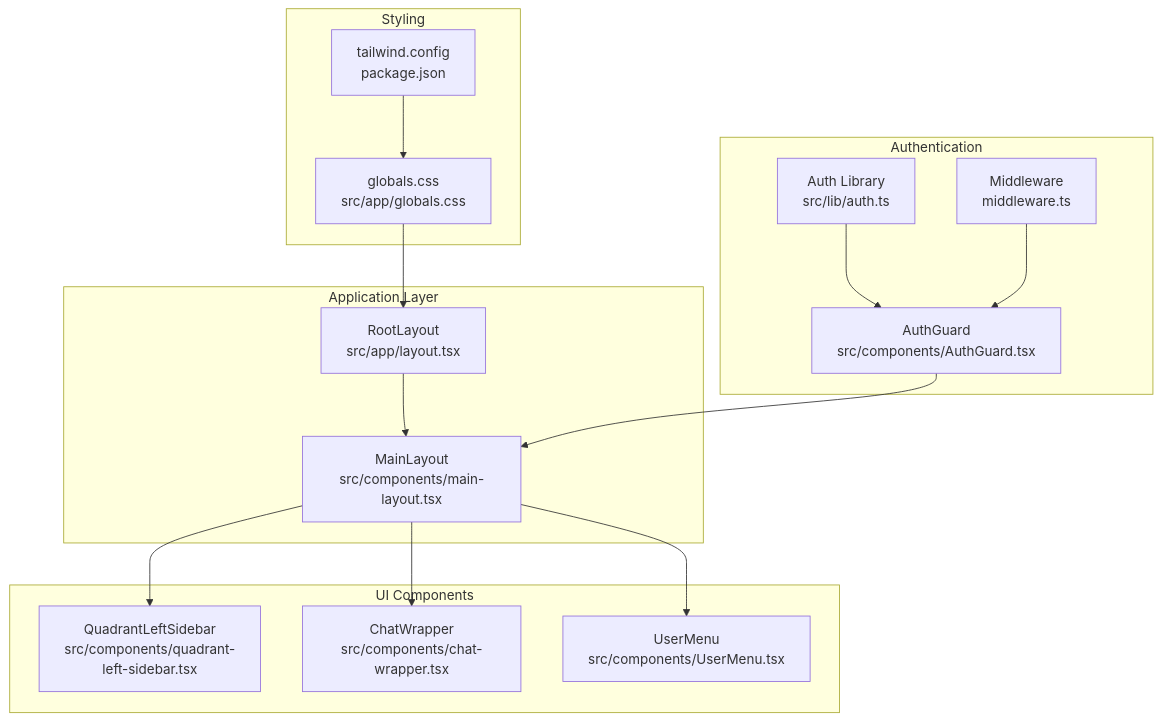
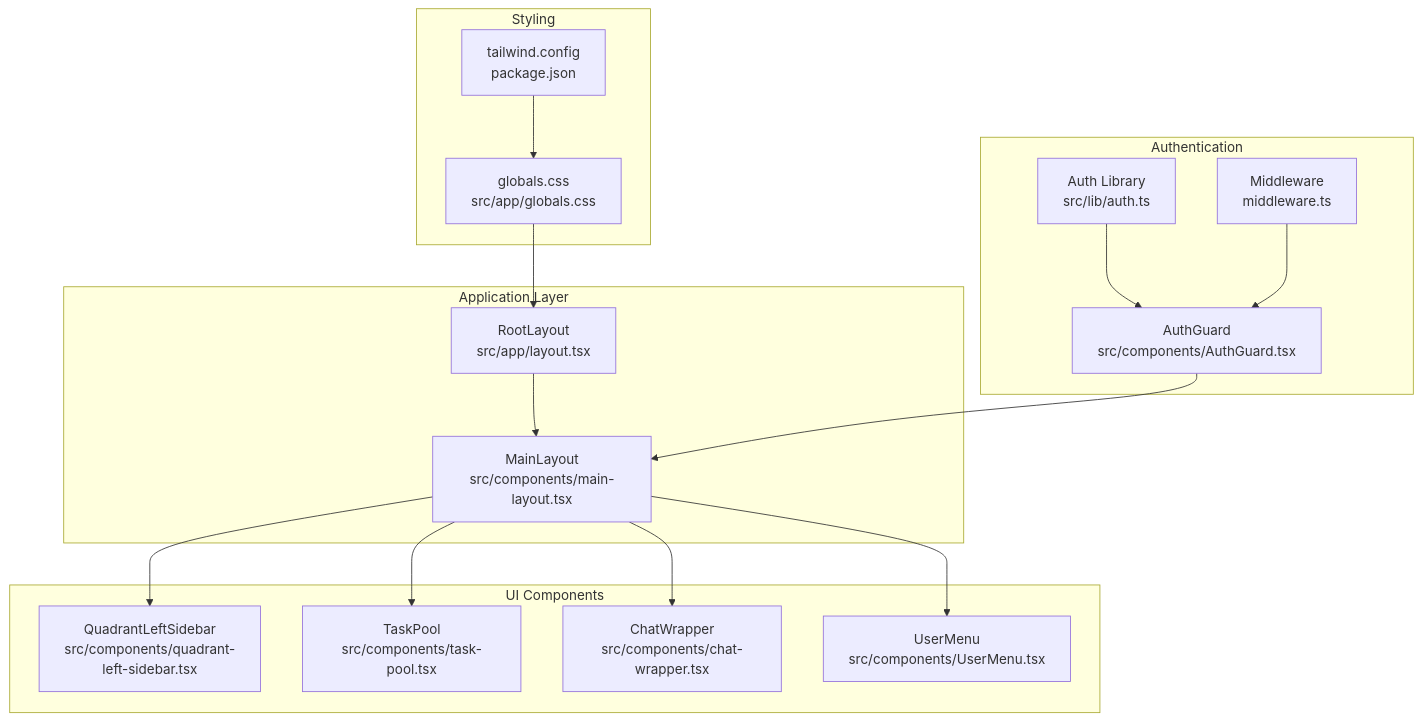
The first of 12 diagrams in .qoder/repowiki/en/content/Frontend Architecture/Main Layout System.md (peixuanhu/goal-mate), drawn with Mermaid before and after one commit. The commit also changed other lines of this file and 3 other files, not shown here.

````diff
--- a/.qoder/repowiki/en/content/Frontend Architecture/Main Layout System.md
+++ b/.qoder/repowiki/en/content/Frontend Architecture/Main Layout System.md
@@ -42,30 +55,32 @@
 ```mermaid
 graph TB
 subgraph "Application Layer"
 RootLayout[RootLayout<br/>src/app/layout.tsx]
 MainLayout[MainLayout<br/>src/components/main-layout.tsx]
 end
 subgraph "UI Components"
 Sidebar[QuadrantLeftSidebar<br/>src/components/quadrant-left-sidebar.tsx]
+TaskPool[TaskPool<br/>src/components/task-pool.tsx]
 Chat[ChatWrapper<br/>src/components/chat-wrapper.tsx]
 UserMenu[UserMenu<br/>src/components/UserMenu.tsx]
 end
 subgraph "Authentication"
 AuthGuard[AuthGuard<br/>src/components/AuthGuard.tsx]
 AuthLib[Auth Library<br/>src/lib/auth.ts]
 Middleware[Middleware<br/>middleware.ts]
 end
 subgraph "Styling"
 Globals[globals.css<br/>src/app/globals.css]
 Tailwind[tailwind.config<br/>package.json]
 end
 RootLayout --> MainLayout
 MainLayout --> Sidebar
+MainLayout --> TaskPool
 MainLayout --> Chat
 MainLayout --> UserMenu
 AuthGuard --> MainLayout
 AuthLib --> AuthGuard
 Middleware --> AuthGuard
 Globals --> RootLayout
 Tailwind --> Globals
 ```
````
